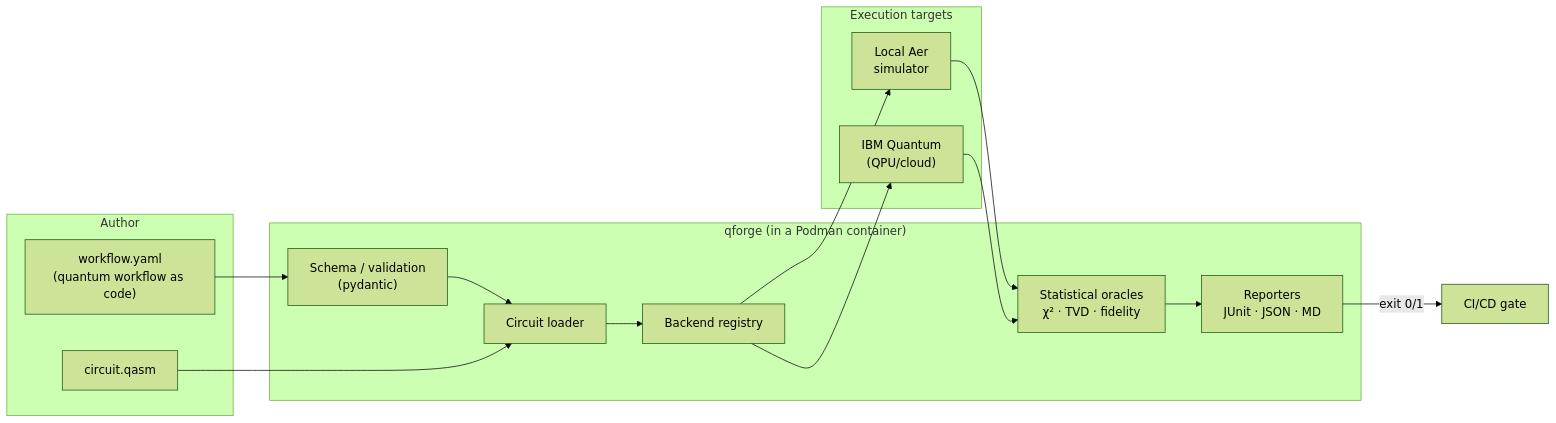
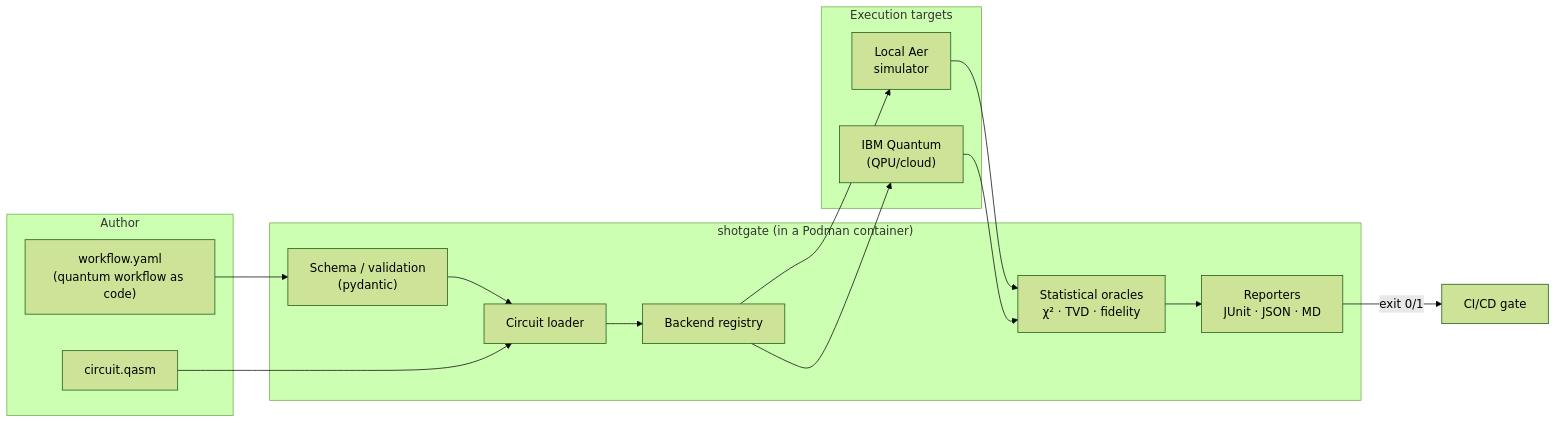
One commit to coldqubit/shotgate changed the diagram in README.md. Above: the diagram before and after it, drawn with Mermaid (forest theme). The commit also changed other lines of this file and 66 other files, not shown here.

````diff
--- a/README.md
+++ b/README.md
@@ -134,23 +141,23 @@
 ```mermaid
 flowchart LR
     subgraph dev["Author"]
         wf["workflow.yaml<br/>(quantum workflow as code)"]
         qasm["circuit.qasm"]
     end
-    subgraph qforge["qforge (in a Podman container)"]
+    subgraph shotgate["shotgate (in a Podman container)"]
         cfg["Schema / validation<br/>(pydantic)"]
         ld["Circuit loader"]
         be["Backend registry"]
         val["Statistical oracles<br/>χ² · TVD · fidelity"]
         rep["Reporters<br/>JUnit · JSON · MD"]
     end
     subgraph targets["Execution targets"]
         aer["Local Aer<br/>simulator"]
         ibm["IBM Quantum<br/>(QPU/cloud)"]
     end
     wf --> cfg --> ld --> be
     qasm --> ld
     be --> aer & ibm
     aer & ibm --> val --> rep
     rep -->|exit 0/1| ci["CI/CD gate"]
 ```
````
